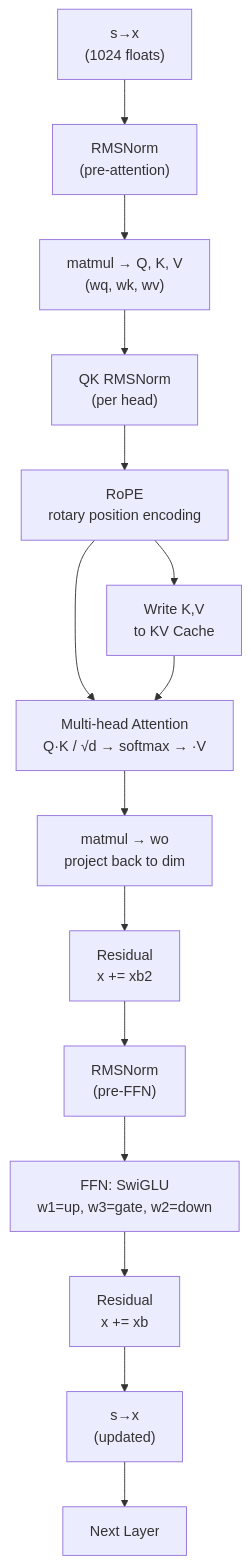
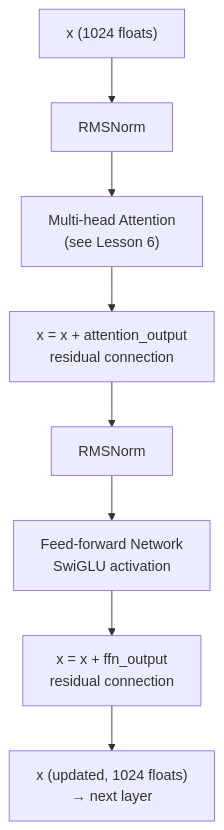
The fifth of 11 diagrams in repos/blog/qwen3.c.md (thefirehacker/QWEN3-RunLocally), drawn with Mermaid before and after one commit. The commit also changed other lines of this file and 1 other file, not shown here.

````diff
--- a/repos/blog/qwen3.c.md
+++ b/repos/blog/qwen3.c.md
@@ -329,17 +546,10 @@
 ```{mermaid}
 flowchart TD
-    X["s→x\n(1024 floats)"] --> RN1["RMSNorm\n(pre-attention)"]
-    RN1 --> QKV["matmul → Q, K, V\n(wq, wk, wv)"]
-    QKV --> QKN["QK RMSNorm\n(per head)"]
-    QKN --> RoPE["RoPE\nrotary position encoding"]
-    RoPE --> KVC["Write K,V\nto KV Cache"]
-    RoPE --> ATT["Multi-head Attention\nQ·K / √d → softmax → ·V"]
-    KVC --> ATT
-    ATT --> WO["matmul → wo\nproject back to dim"]
-    WO --> RES1["Residual\nx += xb2"]
-    RES1 --> RN2["RMSNorm\n(pre-FFN)"]
-    RN2 --> FFN["FFN: SwiGLU\nw1=up, w3=gate, w2=down"]
-    FFN --> RES2["Residual\nx += xb"]
-    RES2 --> X2["s→x\n(updated)"]
-    X2 --> NL["Next Layer"]
+    X["x (1024 floats)"] --> RN1["RMSNorm"]
+    RN1 --> ATT["Multi-head Attention\n(see Lesson 6)"]
+    ATT --> ADD1["x = x + attention_output\nresidual connection"]
+    ADD1 --> RN2["RMSNorm"]
+    RN2 --> FFN["Feed-forward Network\nSwiGLU activation"]
+    FFN --> ADD2["x = x + ffn_output\nresidual connection"]
+    ADD2 --> XOUT["x (updated, 1024 floats)\n→ next layer"]
 ```
````
